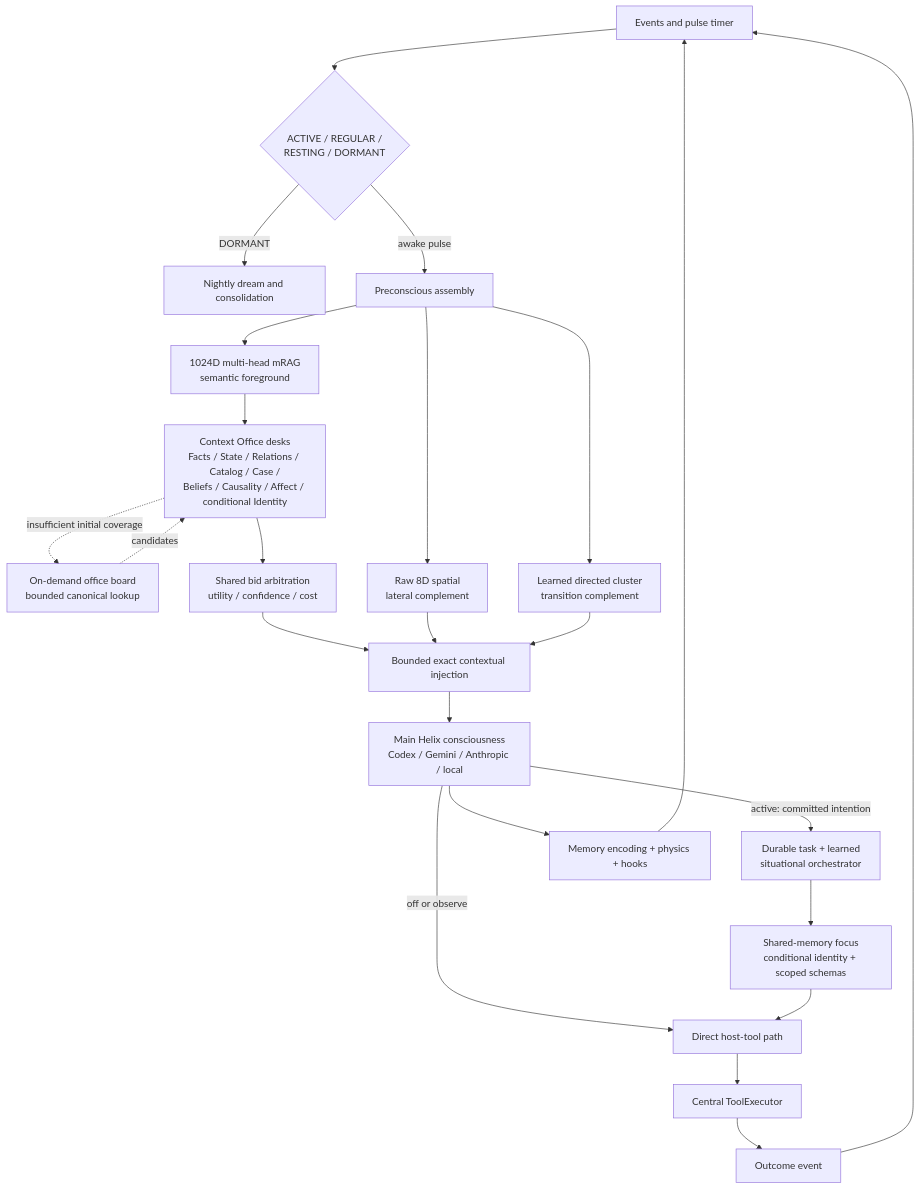
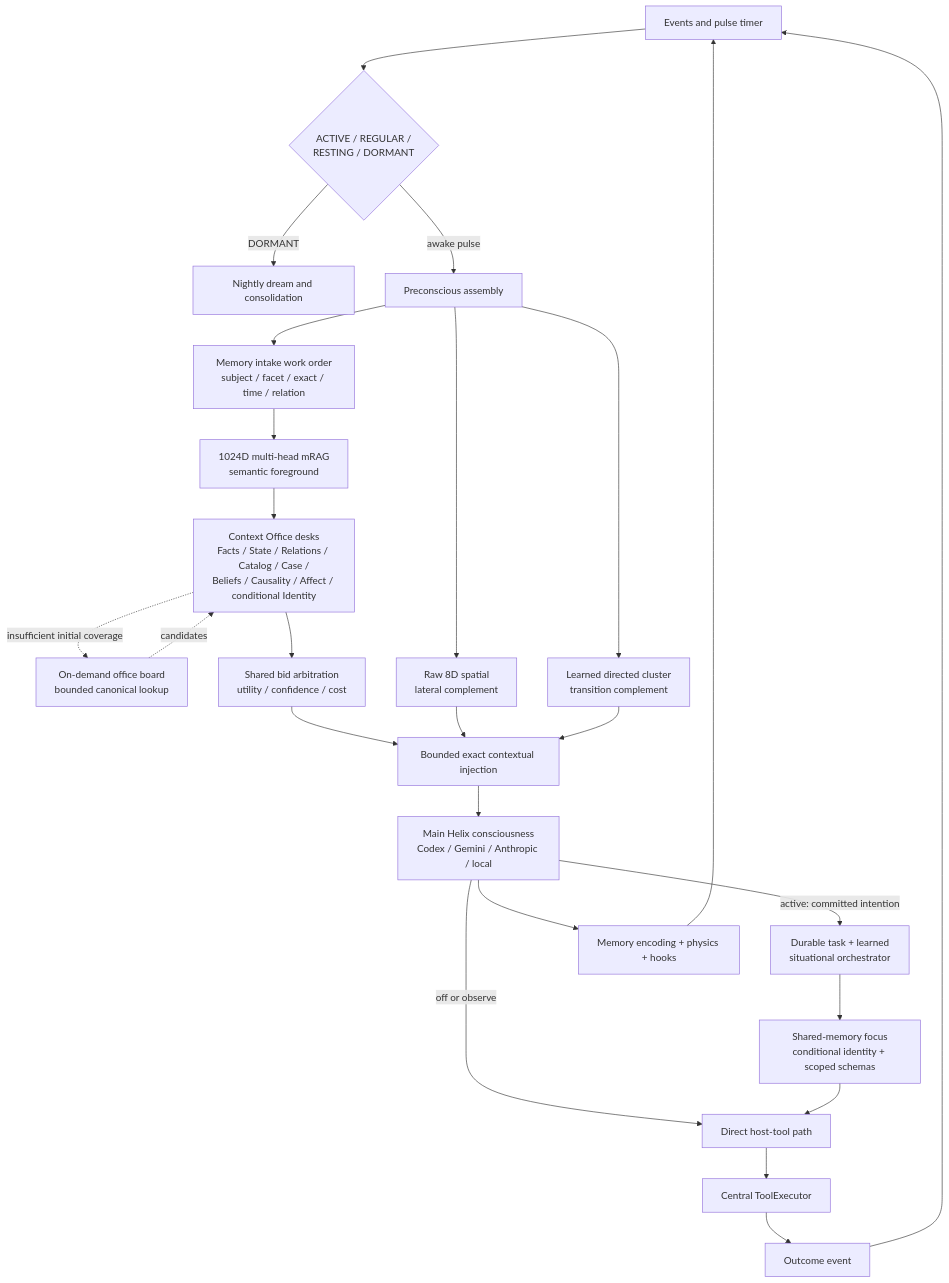
The diagram in README.md (munch2u-a11y/Helix-AGI), drawn with Mermaid before and after one commit. The commit also changed other lines of this file and 18 other files, not shown here.

Commit message:
feat: add memory intake work orders

````diff
--- a/README.md
+++ b/README.md
@@ -20,26 +20,27 @@
 ```mermaid
 flowchart TD
     A[Events and pulse timer] --> B{ACTIVE / REGULAR /<br/>RESTING / DORMANT}
     B -->|DORMANT| C[Nightly dream and consolidation]
     B -->|awake pulse| P[Preconscious assembly]
-    P --> M[1024D multi-head mRAG<br/>semantic foreground]
+    P --> W[Memory intake work order<br/>subject / facet / exact / time / relation]
+    W --> M[1024D multi-head mRAG<br/>semantic foreground]
     M --> O[Context Office desks<br/>Facts / State / Relations / Catalog / Case /<br/>Beliefs / Causality / Affect / conditional Identity]
     O -. insufficient initial coverage .-> Q[On-demand office board<br/>bounded canonical lookup]
     Q -. candidates .-> O
     O --> V[Shared bid arbitration<br/>utility / confidence / cost]
     P --> S[Raw 8D spatial<br/>lateral complement]
     P --> R[Learned directed cluster<br/>transition complement]
     V --> I[Bounded exact contextual injection]
     S --> I
     R --> I
     I --> H[Main Helix consciousness<br/>Codex / Gemini / Anthropic / local]
     H -->|off or observe| X[Direct host-tool path]
     H -->|active: committed intention| T[Durable task + learned<br/>situational orchestrator]
     T --> F[Shared-memory focus<br/>conditional identity + scoped schemas]
     F --> X
     X --> E[Central ToolExecutor]
     E --> U[Outcome event]
     H --> K[Memory encoding + physics + hooks]
     U --> A
     K --> A
 ```
````
